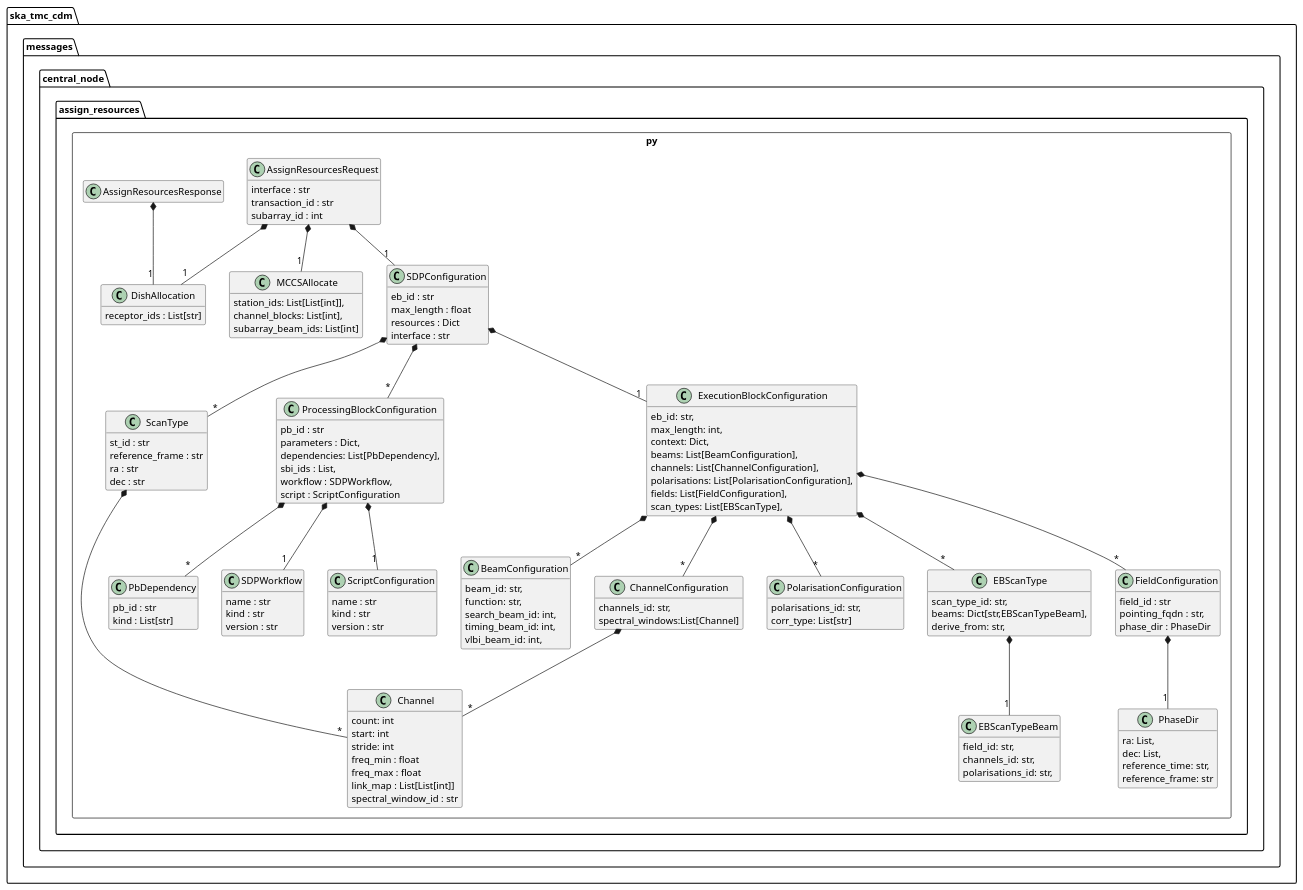
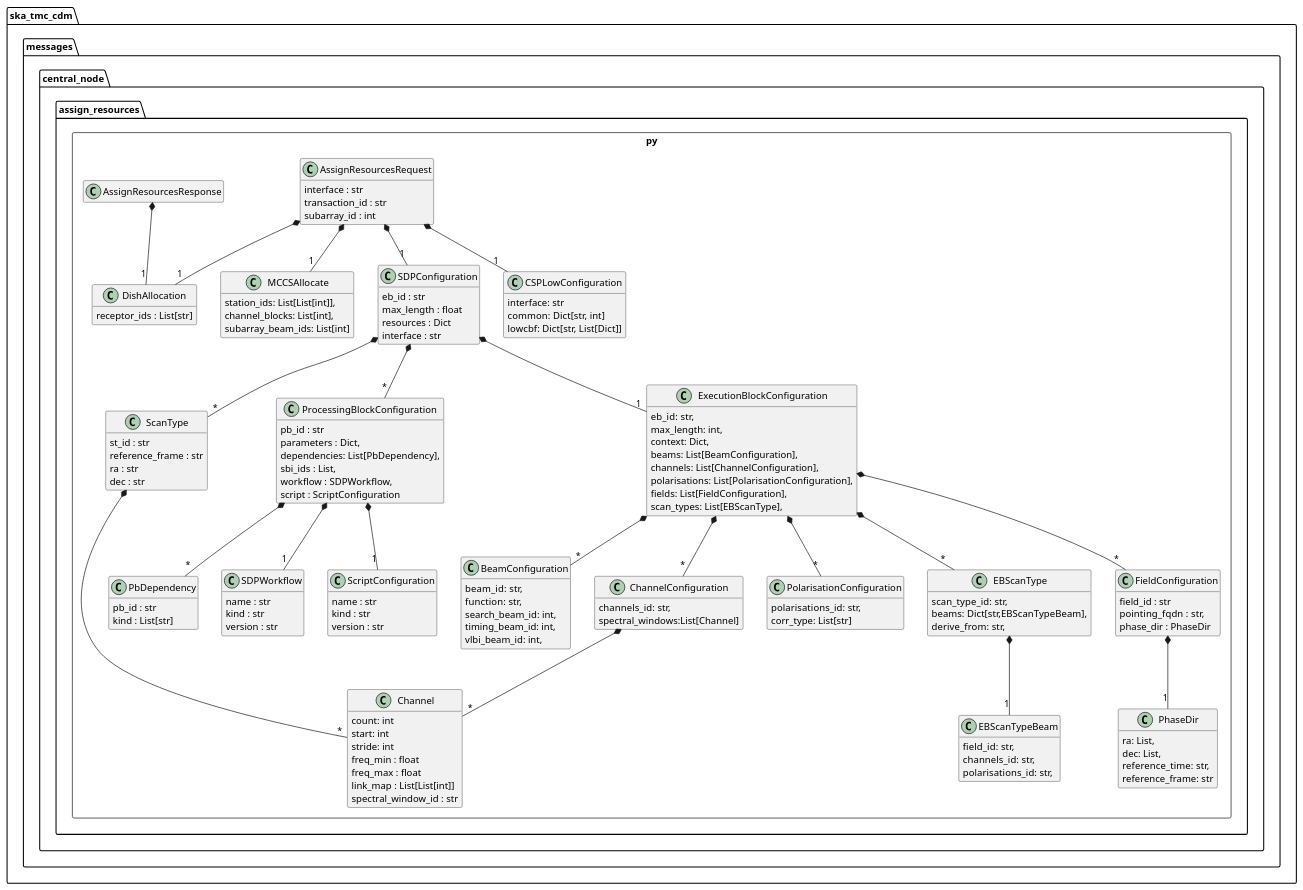
One commit to ska-telescope/cdm-shared-library changed the diagram in docs/src/developer/centralnode/assignresources.puml. Above: the diagram before and after it, drawn with PlantUML. The commit also changed 10 other files, not shown here.

Commit message:
NAK-288 added and tested support for csp block in assign resources for low and updated documentation

```diff
--- a/docs/src/developer/centralnode/assignresources.puml
+++ b/docs/src/developer/centralnode/assignresources.puml
@@ -1,150 +1,156 @@
 @startuml
 hide empty members
 
 package ska_tmc_cdm.messages.central_node {
     package assign_resources.py <<Rectangle>> {
         class DishAllocation {
             receptor_ids : List[str]
         }
 
         class MCCSAllocate {
             station_ids: List[List[int]],
             channel_blocks: List[int],
             subarray_beam_ids: List[int]
         }
 
         class Channel {
             count: int
             start: int
             stride: int
             freq_min : float
             freq_max : float
             link_map : List[List[int]]
             spectral_window_id : str
         }
 
         class ScanType {
             st_id : str
             reference_frame : str
             ra : str
             dec : str
         }
         ScanType *-- "*" Channel
 
         class PbDependency {
             pb_id : str
             kind : List[str]
         }
 
 
         class PhaseDir {
             ra: List,
             dec: List, 
             reference_time: str, 
             reference_frame: str
         }
         class BeamConfiguration {
             beam_id: str,
             function: str,
             search_beam_id: int,
             timing_beam_id: int,
             vlbi_beam_id: int,
         }
         class ChannelConfiguration {
             channels_id: str,
             spectral_windows:List[Channel] 
         }
         ChannelConfiguration  *-- "*" Channel
 
         class PolarisationConfiguration {
             polarisations_id: str,
             corr_type: List[str]  
         }
         class EBScanTypeBeam {
             field_id: str,
             channels_id: str,
             polarisations_id: str, 
         }
         class EBScanType {
             scan_type_id: str,
             beams: Dict[str,EBScanTypeBeam],
             derive_from: str, 
         }
         EBScanType  *-- "1" EBScanTypeBeam
 
         class FieldConfiguration {
             field_id : str
             pointing_fqdn : str,
             phase_dir : PhaseDir
         }
 
         FieldConfiguration  *-- "1" PhaseDir
 
         class SDPWorkflow {
             name : str
             kind : str
             version : str
         }
         
         class ScriptConfiguration {
             name : str
             kind : str
             version : str
         }
 
         class ProcessingBlockConfiguration {
             pb_id : str
             parameters : Dict,
             dependencies: List[PbDependency],
             sbi_ids : List,
             workflow : SDPWorkflow,
             script : ScriptConfiguration
         }
         ProcessingBlockConfiguration  *-- "1" SDPWorkflow
         ProcessingBlockConfiguration  *-- "*" PbDependency
         ProcessingBlockConfiguration  *-- "1" ScriptConfiguration
 
         class ExecutionBlockConfiguration {
             eb_id: str,
             max_length: int,
             context: Dict,
             beams: List[BeamConfiguration],
             channels: List[ChannelConfiguration],
             polarisations: List[PolarisationConfiguration],
             fields: List[FieldConfiguration],
             scan_types: List[EBScanType],
         }
 
         ExecutionBlockConfiguration  *-- "*" BeamConfiguration
         ExecutionBlockConfiguration  *-- "*" ChannelConfiguration
         ExecutionBlockConfiguration  *-- "*" PolarisationConfiguration
         ExecutionBlockConfiguration  *-- "*" FieldConfiguration
         ExecutionBlockConfiguration  *-- "*" EBScanType
 
 
         class SDPConfiguration {
             eb_id : str
             max_length : float
             resources : Dict
             interface : str
         }
         SDPConfiguration *-- "*" ScanType
         SDPConfiguration *-- "*" ProcessingBlockConfiguration
         SDPConfiguration *-- "1" ExecutionBlockConfiguration
 
+        class CSPLowConfiguration {
+            interface: str
+            common: Dict[str, int]
+            lowcbf: Dict[str, List[Dict]]
+        }
+
         class AssignResourcesRequest {
             interface : str
             transaction_id : str
             subarray_id : int
         }
 
         AssignResourcesRequest *-- "1" DishAllocation
         AssignResourcesRequest *-- "1" MCCSAllocate
         AssignResourcesRequest *-- "1" SDPConfiguration
+        AssignResourcesRequest *-- "1" CSPLowConfiguration
 
         class AssignResourcesResponse
         AssignResourcesResponse *-- "1" DishAllocation
 	}
 }
-
 @enduml
```
